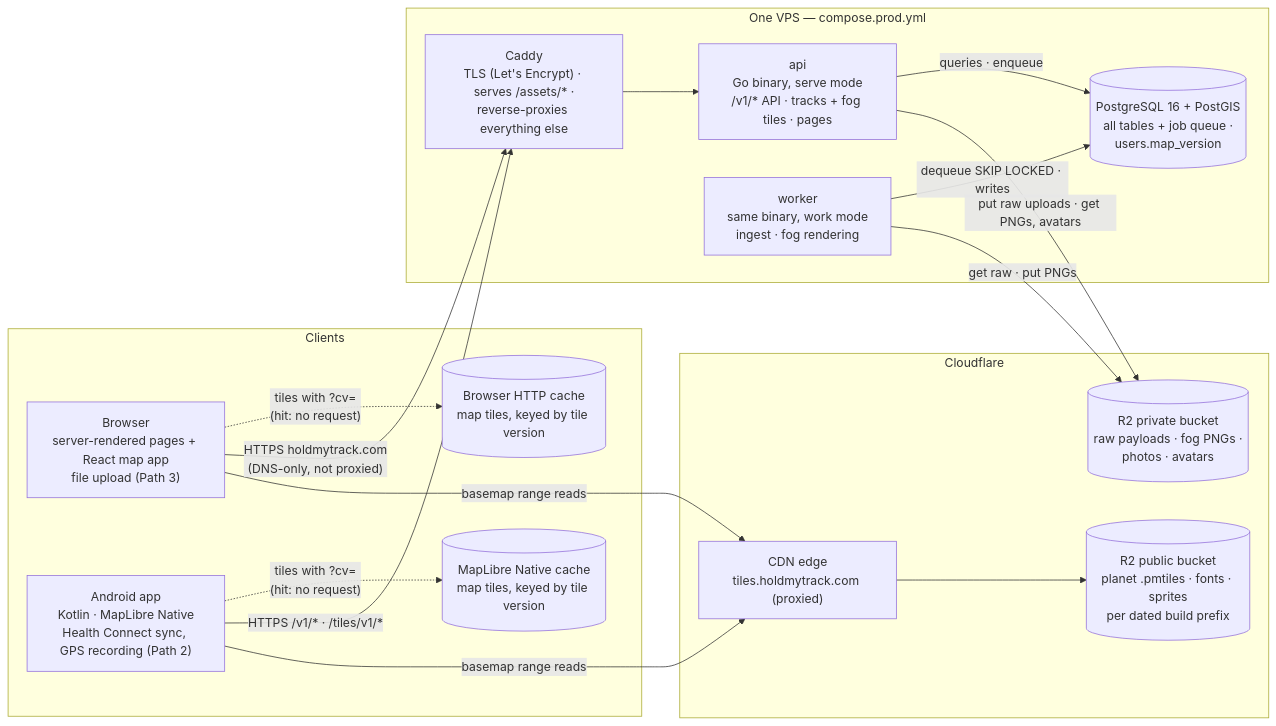
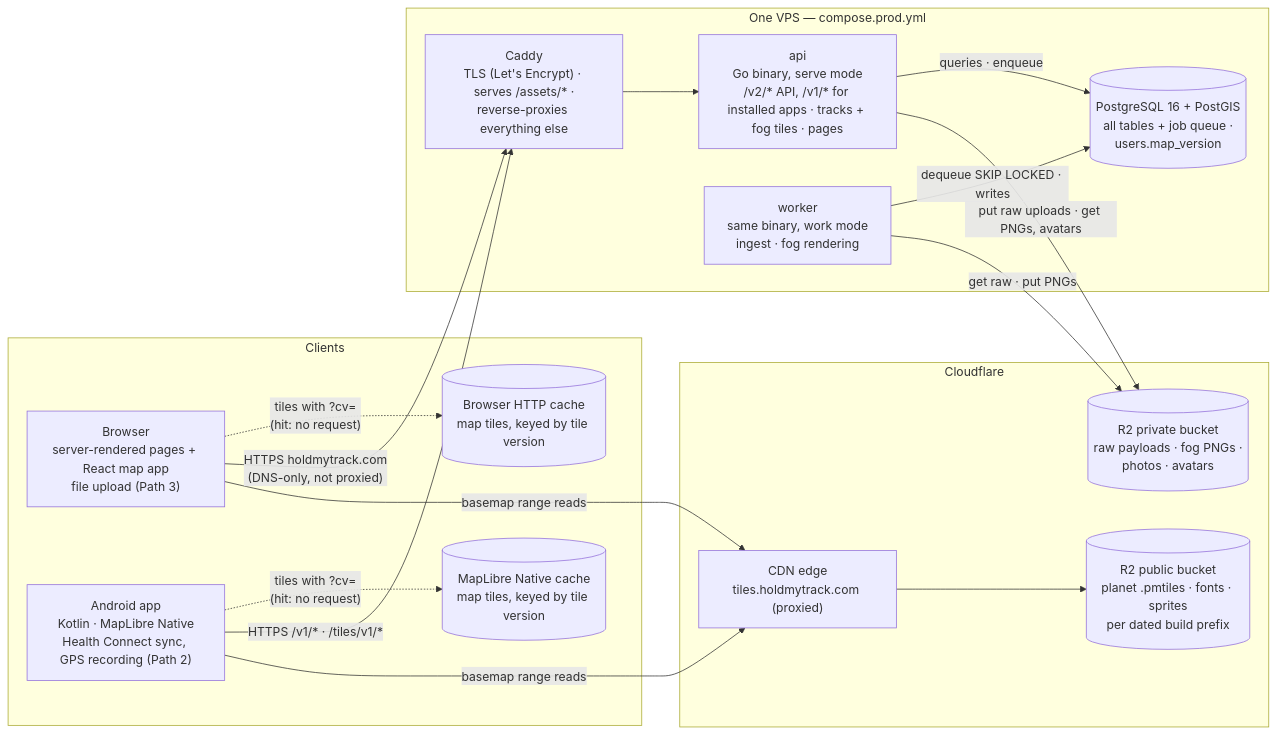
Before and after one commit to HoldMyTrack/platform: the diagram in docs/ARCHITECTURE.md, drawn with Mermaid. The commit also changed other lines of this file and 148 other files, not shown here.

First line of the commit message:
Server: Serve the API under /v2 with a /v1 edge for installed apps

````diff
--- a/docs/ARCHITECTURE.md
+++ b/docs/ARCHITECTURE.md
@@ -38,32 +38,32 @@
 ```mermaid
 flowchart LR
     subgraph Clients
         browser["Browser<br/>server-rendered pages + React map app<br/>file upload (Path 3)"]
         android["Android app<br/>Kotlin · MapLibre Native<br/>Health Connect sync, GPS recording (Path 2)"]
         bcache[("Browser HTTP cache<br/>map tiles, keyed by tile version")]
         acache[("MapLibre Native cache<br/>map tiles, keyed by tile version")]
     end
     subgraph VPS["One VPS — compose.prod.yml"]
         caddy["Caddy<br/>TLS (Let's Encrypt) · serves /assets/* ·<br/>reverse-proxies everything else"]
-        api["api<br/>Go binary, serve mode<br/>/v1/* API · tracks + fog tiles · pages"]
+        api["api<br/>Go binary, serve mode<br/>/v2/* API, /v1/* for installed apps · tracks + fog tiles · pages"]
         worker["worker<br/>same binary, work mode<br/>ingest · fog rendering"]
         pg[("PostgreSQL 16 + PostGIS<br/>all tables + job queue ·<br/>users.map_version")]
     end
     subgraph CF["Cloudflare"]
         edge["CDN edge<br/>tiles.holdmytrack.com (proxied)"]
         pub[("R2 public bucket<br/>planet .pmtiles · fonts · sprites<br/>per dated build prefix")]
         priv[("R2 private bucket<br/>raw payloads · fog PNGs ·<br/>photos · avatars")]
     end
     browser -.->|"tiles with ?cv=<br/>(hit: no request)"| bcache
     android -.->|"tiles with ?cv=<br/>(hit: no request)"| acache
     browser -->|"HTTPS holdmytrack.com<br/>(DNS-only, not proxied)"| caddy
     android -->|"HTTPS /v1/* · /tiles/v1/*"| caddy
     caddy --> api
     api -->|queries · enqueue| pg
     worker -->|dequeue SKIP LOCKED · writes| pg
     api -->|put raw uploads · get PNGs, avatars| priv
     worker -->|get raw · put PNGs| priv
     browser -->|basemap range reads| edge
     android -->|basemap range reads| edge
     edge --> pub
 ```
````
